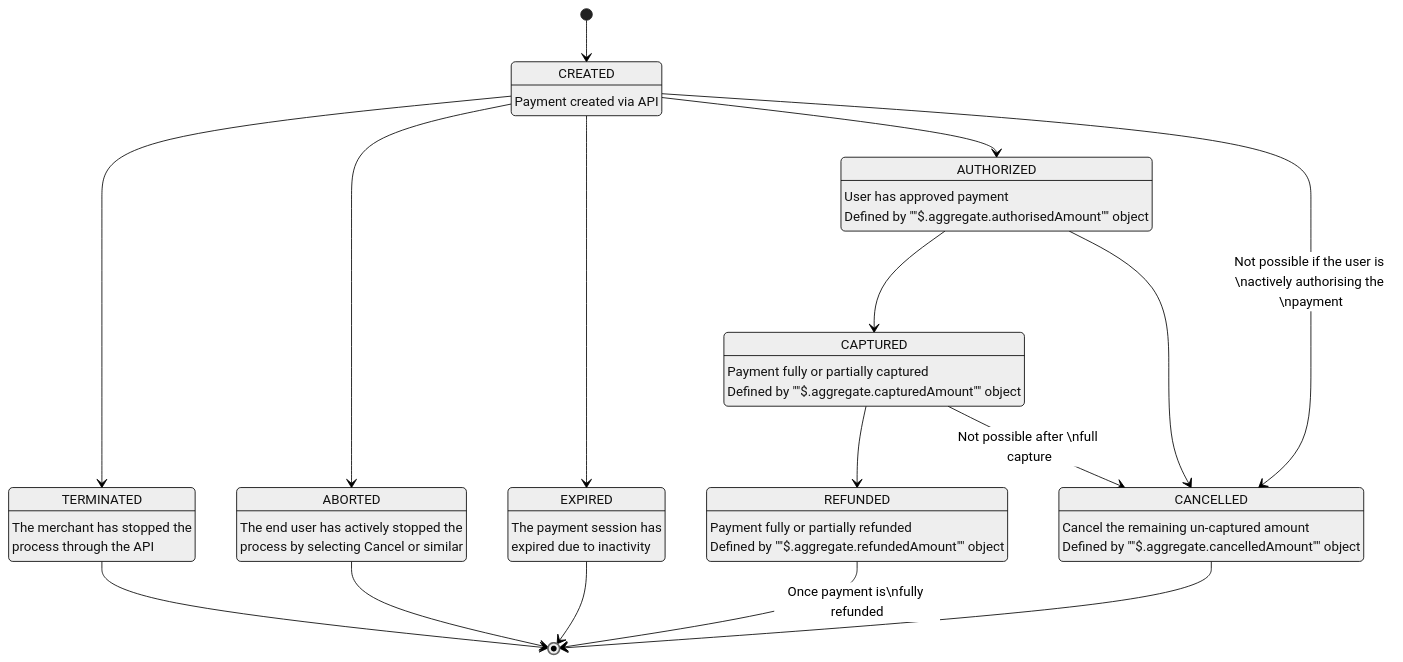
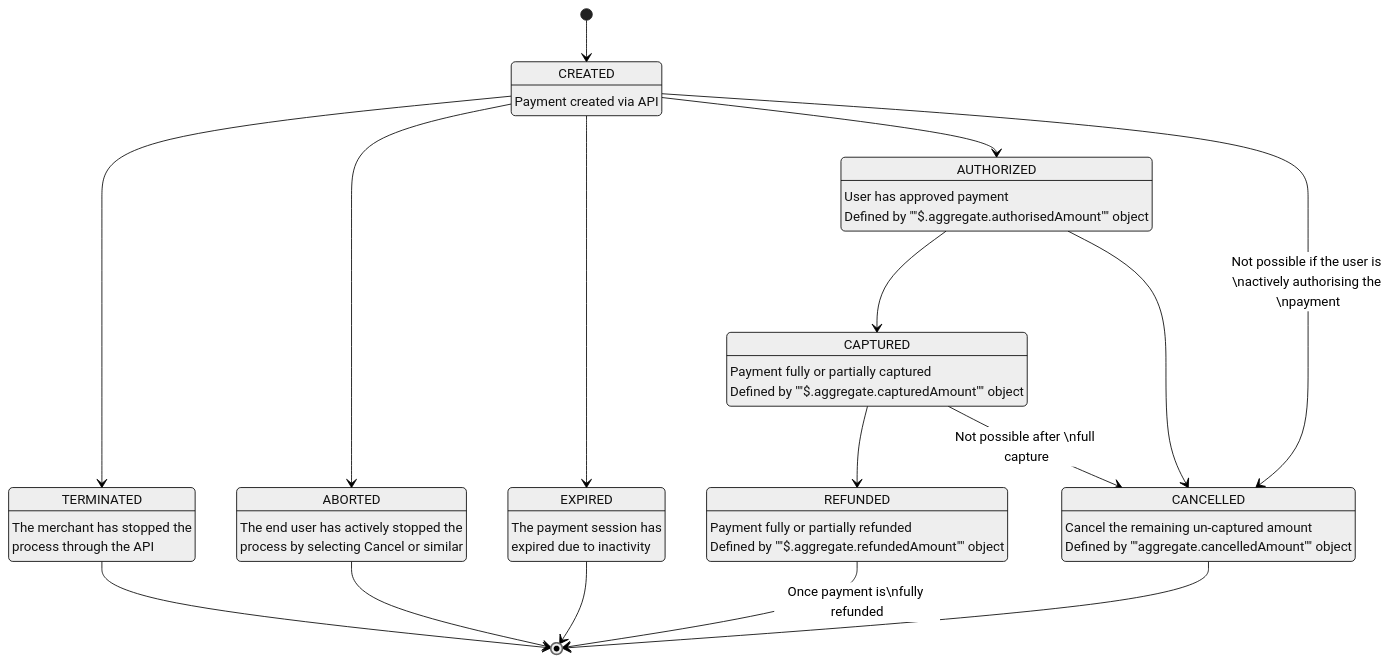
Before and after one commit to vippsas/vipps-epayment-api: the diagram in payment_states.md, drawn with Mermaid (neutral theme).

````diff
--- a/payment_states.md
+++ b/payment_states.md
@@ -19,34 +19,34 @@
 ``` mermaid
 stateDiagram
     [*] --> CREATED
 CREATED : CREATED
 CREATED : Payment created via API
 CREATED --> TERMINATED
 TERMINATED : TERMINATED
 TERMINATED : The merchant has stopped the\nprocess through the API
 TERMINATED --> [*]
 CREATED --> ABORTED
 ABORTED : ABORTED
 ABORTED : The end user has actively stopped the\nprocess by selecting Cancel or similar
 ABORTED --> [*]
 CREATED --> EXPIRED
 EXPIRED : EXPIRED
 EXPIRED : The payment session has\nexpired due to inactivity
 EXPIRED --> [*]
 CREATED --> AUTHORIZED
 AUTHORIZED : AUTHORIZED
 AUTHORIZED : User has approved payment\nDefined by ""$.aggregate.authorisedAmount"" object
 AUTHORIZED --> CAPTURED
 CAPTURED : CAPTURED
 CAPTURED : Payment fully or partially captured\nDefined by ""$.aggregate.capturedAmount"" object
 CAPTURED --> REFUNDED
 REFUNDED : REFUNDED
 REFUNDED : Payment fully or partially refunded\nDefined by ""$.aggregate.refundedAmount"" object
 REFUNDED --> [*] : Once payment is\nfully refunded
 CREATED --> CANCELLED : Not possible if the user is \nactively authorising the \npayment
 AUTHORIZED --> CANCELLED 
 CAPTURED --> CANCELLED : Not possible after \nfull capture
 CANCELLED : CANCELLED
-CANCELLED : Cancel the remaining un-captured amount\nDefined by ""$.aggregate.cancelledAmount"" object
+CANCELLED : Cancel the remaining un-captured amount\nDefined by ""aggregate.cancelledAmount"" object
 CANCELLED --> [*]
 ```
````
